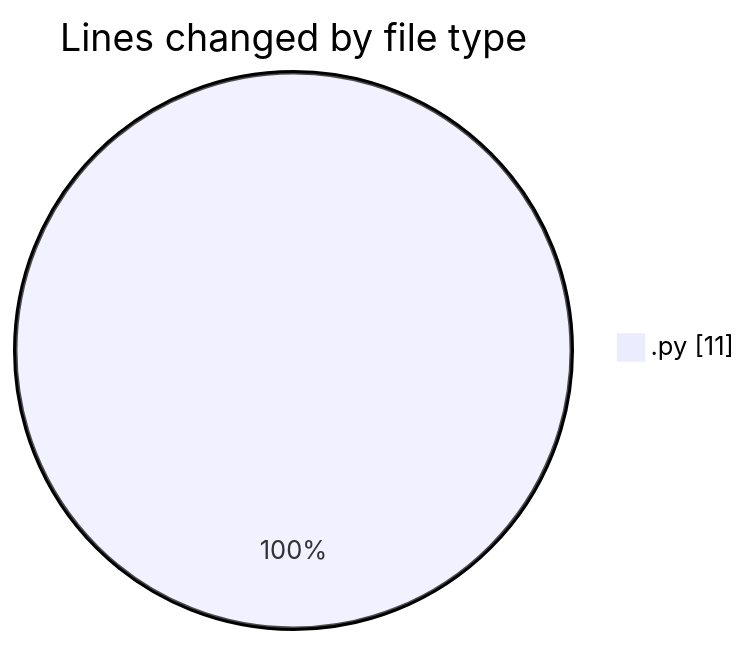
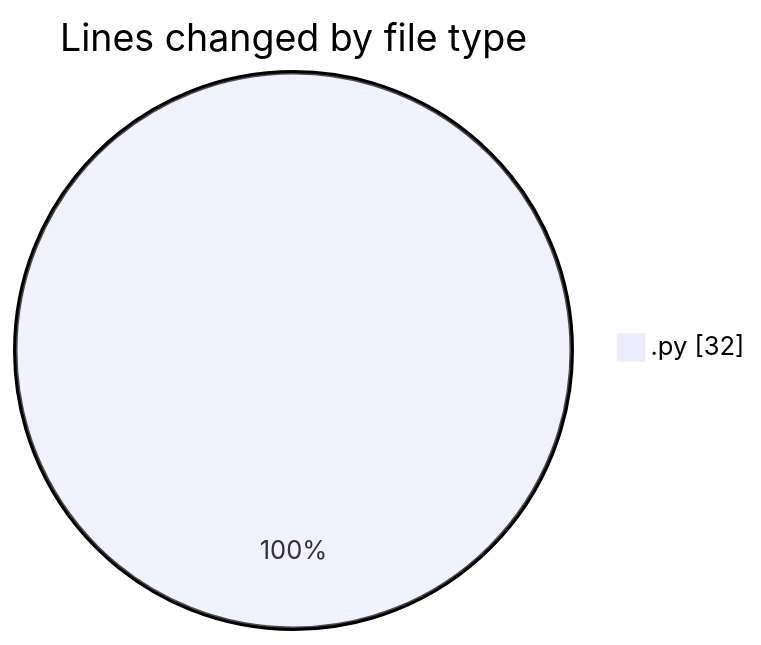
Before and after one commit to julien-gomy/code-tracking: the first of 2 diagrams in 2025-10-21/eventscop-api-guide__workspace_/README.md, drawn with Mermaid. The commit also changed other lines of this file and 1 other file, not shown here.

````diff
--- a/2025-10-21/eventscop-api-guide__workspace_/README.md
+++ b/2025-10-21/eventscop-api-guide__workspace_/README.md
@@ -20,5 +20,5 @@
 ```mermaid
 pie showData
 title Lines changed by file type
-".py" : 11
+".py" : 32
 ```
````
